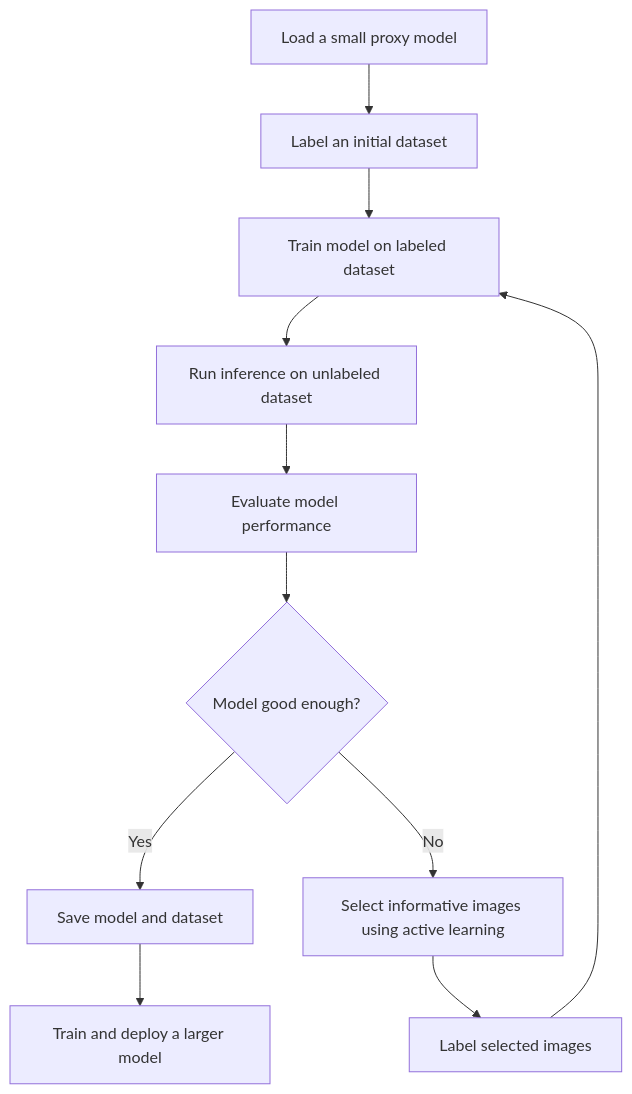
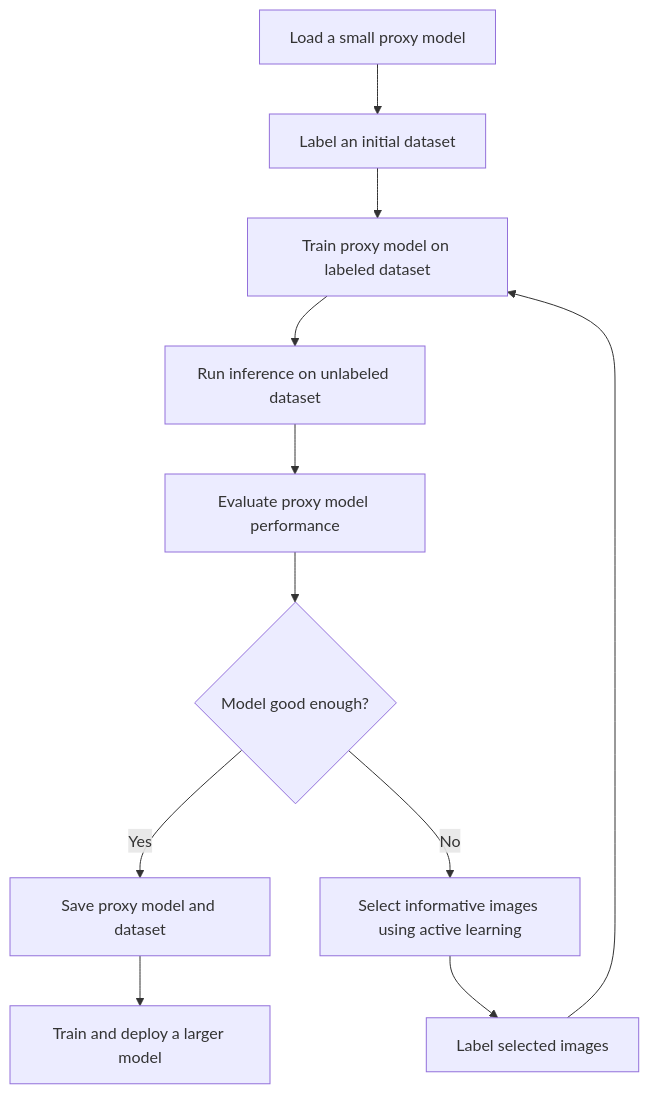
Before and after one commit to dnth/active-learning-flywheel: the diagram in README.md, drawn with Mermaid. The commit also changed other lines of this file, not shown here.

````diff
--- a/README.md
+++ b/README.md
@@ -30,13 +30,13 @@
 ```mermaid
 graph TD
     A[Load a small proxy model] --> B[Label an initial dataset]
-    B --> C[Train model on labeled dataset]
+    B --> C[Train proxy model on labeled dataset]
     C --> D[Run inference on unlabeled dataset]
-    D --> E[Evaluate model performance]
+    D --> E[Evaluate proxy model performance]
     E --> F{Model good enough?}
-    F -->|Yes| G[Save model and dataset]
+    F -->|Yes| G[Save proxy model and dataset]
     G --> H[Train and deploy a larger model]
     F -->|No| I[Select informative images using active learning]
     I --> J[Label selected images]
     J --> C
 ```
````
